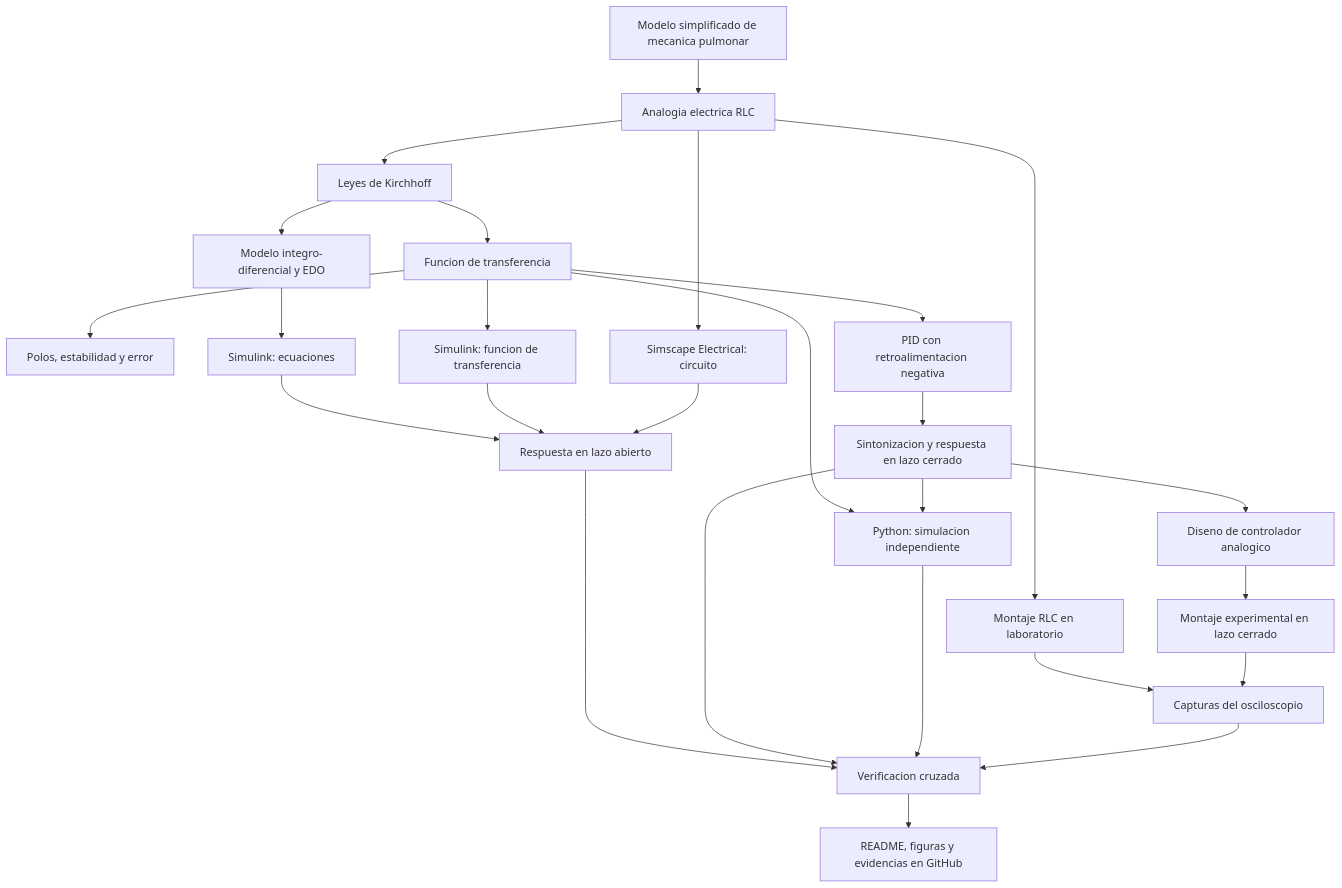
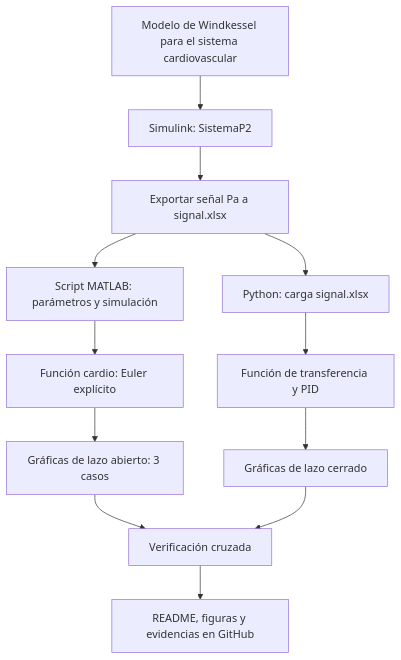
Before and after one commit to c22211520-Alvarez/MSFP2: the diagram in README.md, drawn with Mermaid. The commit also changed other lines of this file, not shown here.

````diff
--- a/README.md
+++ b/README.md
@@ -467,28 +378,14 @@
 ```mermaid
 flowchart TD
-    A[Modelo simplificado de mecanica pulmonar] --> B[Analogia electrica RLC]
-    B --> C[Leyes de Kirchhoff]
-    C --> D[Modelo integro-diferencial y EDO]
-    C --> E[Funcion de transferencia]
-    E --> F[Polos, estabilidad y error]
-    D --> G[Simulink: ecuaciones]
-    E --> H[Simulink: funcion de transferencia]
-    B --> I[Simscape Electrical: circuito]
-    G --> J[Respuesta en lazo abierto]
-    H --> J
+    A[Modelo de Windkessel para el sistema cardiovascular] --> B[Simulink: SistemaP2]
+    B --> C[Exportar señal Pa a signal.xlsx]
+    C --> D[Script MATLAB: parámetros y simulación]
+    D --> E[Función cardio: Euler explícito]
+    E --> F[Gráficas de lazo abierto: 3 casos]
+    C --> G[Python: carga signal.xlsx]
+    G --> H[Función de transferencia y PID]
+    H --> I[Gráficas de lazo cerrado]
+    F --> J[Verificación cruzada]
     I --> J
-    E --> K[PID con retroalimentacion negativa]
-    K --> L[Sintonizacion y respuesta en lazo cerrado]
-    E --> M[Python: simulacion independiente]
-    L --> M
-    L --> N[Diseno de controlador analogico]
-    B --> O[Montaje RLC en laboratorio]
-    N --> P[Montaje experimental en lazo cerrado]
-    O --> Q[Capturas del osciloscopio]
-    P --> Q
-    J --> R[Verificacion cruzada]
-    L --> R
-    M --> R
-    Q --> R
-    R --> S[README, figuras y evidencias en GitHub]
+    J --> K[README, figuras y evidencias en GitHub]
 ```
````
